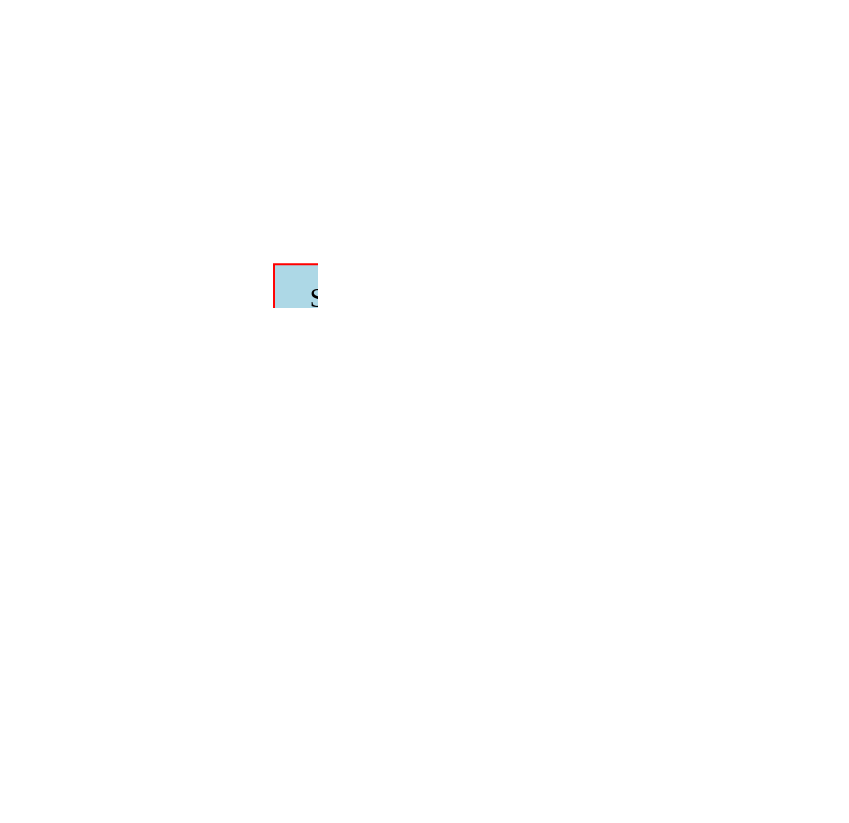
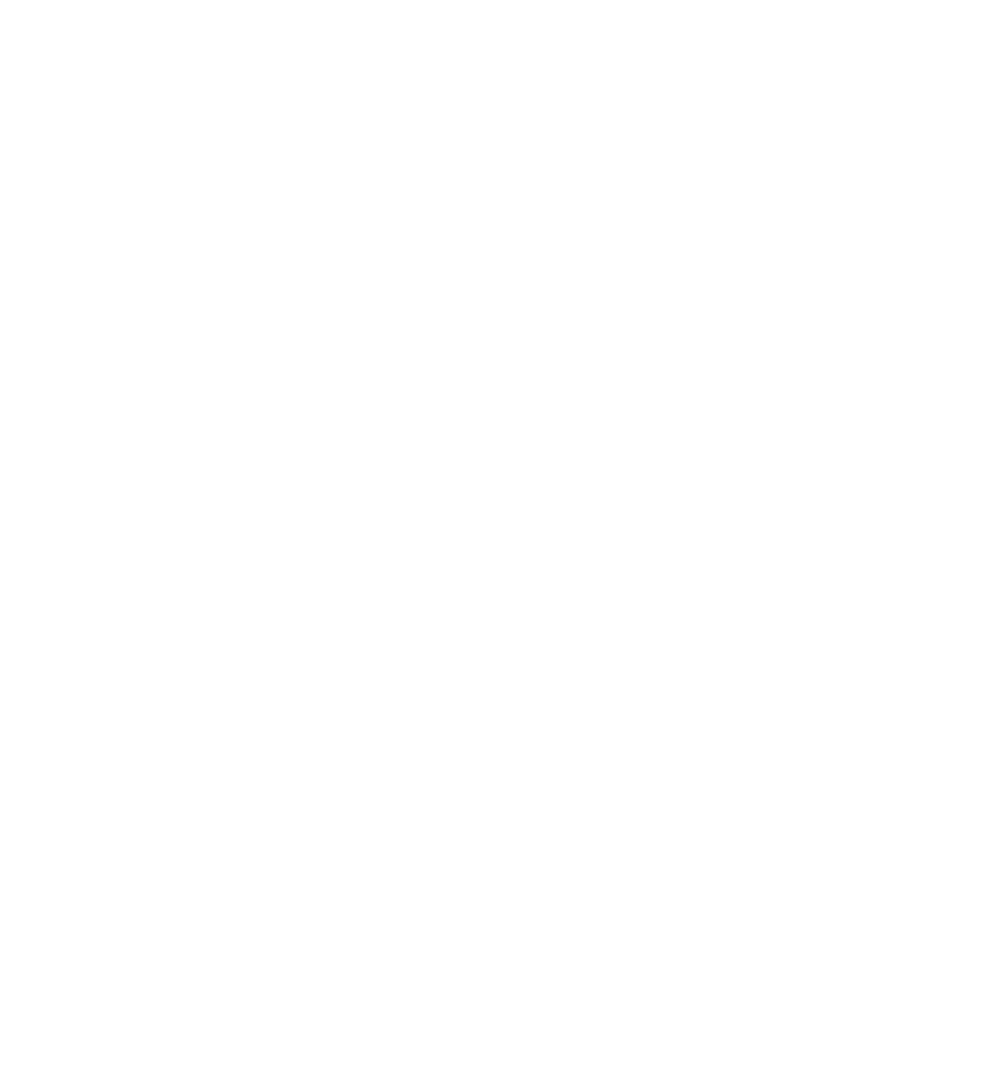
One commit to dodokek/Tree-Structure-Akinator changed the diagram in data/graph.dot. Above: the diagram before and after it, drawn with Graphviz. The commit also changed 3 other files, not shown here.

```diff
--- a/data/graph.dot
+++ b/data/graph.dot
@@ -1,37 +1,43 @@
 
     digraph g {
         dpi      = 200;
         fontname = "Comic Sans MS";
         fontsize = 20;
         rankdir   =  TB;
         edge [color = darkgrey, arrowhead = onormal, arrowsize = 1, penwidth = 1.2]
         graph[fillcolor = lightgreen, ranksep = 1.3, nodesep = 0.5,
         style = "rounded, filled",color = green, penwidth = 2]
 
-    Node0000020498943940[shape=rectangle, color="red", width=0.2, style="filled",fillcolor="lightblue", label="Animal"] 
+    Node000002aee3e63940[shape=rectangle, color="red", width=0.2, style="filled",fillcolor="lightblue", label="Animal"] 
  
-Node0000020498943970[shape=rectangle, color="red", width=0.2, style="filled",fillcolor="lightblue", label="Super Coder"] 
+Node000002aee3e63970[shape=rectangle, color="red", width=0.2, style="filled",fillcolor="lightblue", label="Super Coder"] 
  
-Node0000020498942950[shape=rectangle, color="red", width=0.2, style="filled",fillcolor="lightblue", label="Sucks Dicks"] 
+Node000002aee3e63f80[shape=rectangle, color="red", width=0.2, style="filled",fillcolor="lightblue", label="Sucks Dicks"] 
  
-Node0000020498942980[shape=rectangle, color="red", width=0.2, style="filled",fillcolor="lightblue", label="Chris"] 
+Node000002aee26a7c50[shape=rectangle, color="red", width=0.2, style="filled",fillcolor="lightblue", label="No girlfriend"] 
  
-Node00000204989429b0[shape=rectangle, color="red", width=0.2, style="filled",fillcolor="lightblue", label="Sanya"] 
+Node000002aee26a7cf0[shape=rectangle, color="red", width=0.2, style="filled",fillcolor="lightblue", label="Chris"] 
  
-Node0000020497187cd0[shape=rectangle, color="red", width=0.2, style="filled",fillcolor="lightblue", label="Vlados"] 
+Node000002aee26a7d90[shape=rectangle, color="red", width=0.2, style="filled",fillcolor="lightblue", label="Sanya Lobanov"] 
  
-Node0000020497187d70[shape=rectangle, color="red", width=0.2, style="filled",fillcolor="lightblue", label="Cute"] 
+Node000002aee26a7e30[shape=rectangle, color="red", width=0.2, style="filled",fillcolor="lightblue", label="Sanya"] 
  
-Node0000020497187e10[shape=rectangle, color="red", width=0.2, style="filled",fillcolor="lightblue", label="Victor"] 
+Node000002aee26a7ed0[shape=rectangle, color="red", width=0.2, style="filled",fillcolor="lightblue", label="Vlados"] 
  
-Node0000020497187eb0[shape=rectangle, color="red", width=0.2, style="filled",fillcolor="lightblue", label="Vovcheg"] 
+Node000002aee26a7f70[shape=rectangle, color="red", width=0.2, style="filled",fillcolor="lightblue", label="Cute"] 
  
-Node0000020498943940->Node0000020498943970
-Node0000020498943970->Node0000020498942950
-Node0000020498942950->Node0000020498942980
-Node0000020498942950->Node00000204989429b0
-Node0000020498943970->Node0000020497187cd0
-Node0000020498943940->Node0000020497187d70
-Node0000020497187d70->Node0000020497187e10
-Node0000020497187d70->Node0000020497187eb0
+Node000002aee26a8010[shape=rectangle, color="red", width=0.2, style="filled",fillcolor="lightblue", label="Victor"] 
+ 
+Node000002aee26a80b0[shape=rectangle, color="red", width=0.2, style="filled",fillcolor="lightblue", label="Vovcheg"] 
+ 
+Node000002aee3e63940->Node000002aee3e63970
+Node000002aee3e63970->Node000002aee3e63f80
+Node000002aee3e63f80->Node000002aee26a7c50
+Node000002aee26a7c50->Node000002aee26a7cf0
+Node000002aee26a7c50->Node000002aee26a7d90
+Node000002aee3e63f80->Node000002aee26a7e30
+Node000002aee3e63970->Node000002aee26a7ed0
+Node000002aee3e63940->Node000002aee26a7f70
+Node000002aee26a7f70->Node000002aee26a8010
+Node000002aee26a7f70->Node000002aee26a80b0
 }
```
